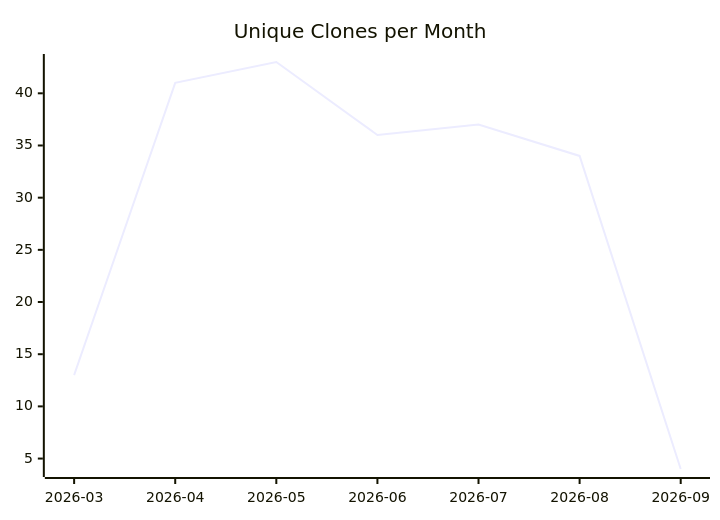
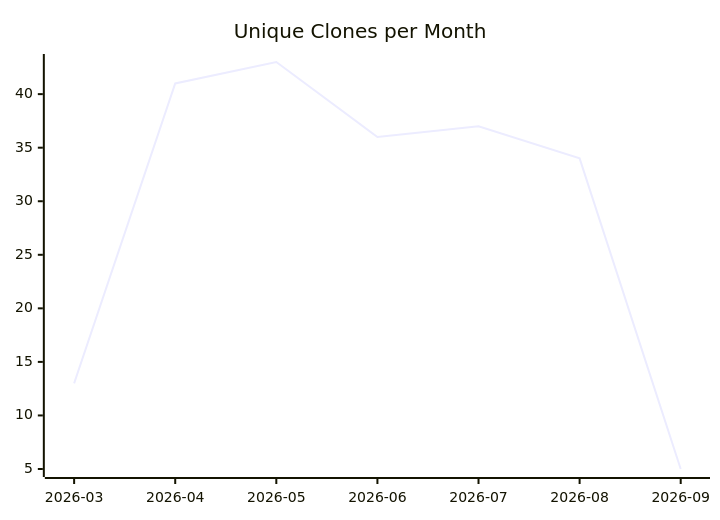
One commit to justdavis-family/github-analytics-data changed the third of 3 diagrams in karlmdavis/usgs-water-api-java/README.md. Above: the diagram before and after it, drawn with Mermaid. The commit also changed other lines of this file and 187 other files, not shown here.

````diff
--- a/karlmdavis/usgs-water-api-java/README.md
+++ b/karlmdavis/usgs-water-api-java/README.md
@@ -19,6 +19,6 @@
 ```mermaid
 xychart-beta
   title "Unique Clones per Month"
   x-axis ["2026-03", "2026-04", "2026-05", "2026-06", "2026-07", "2026-08", "2026-09"]
-  line [13, 41, 43, 36, 37, 34, 4]
+  line [13, 41, 43, 36, 37, 34, 5]
 ```
````
